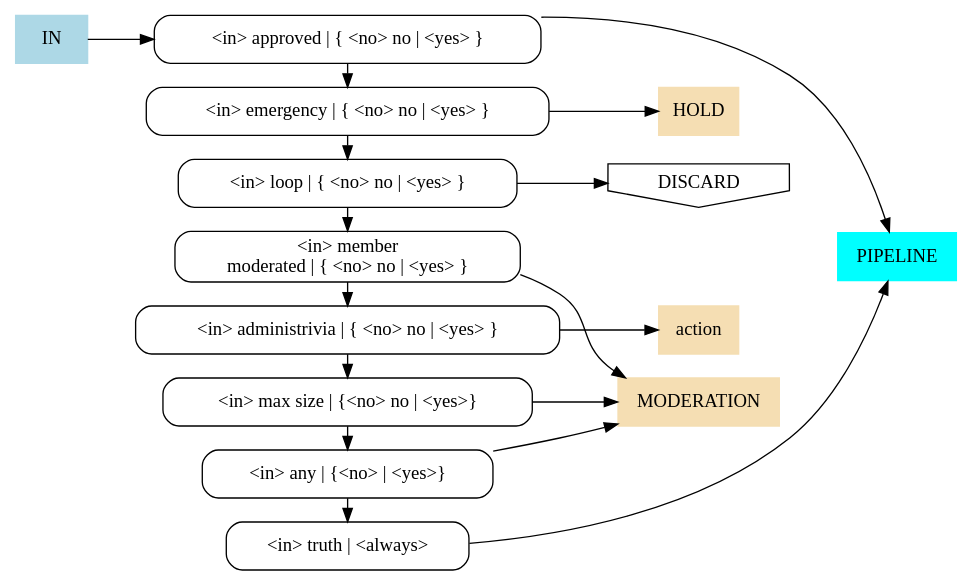
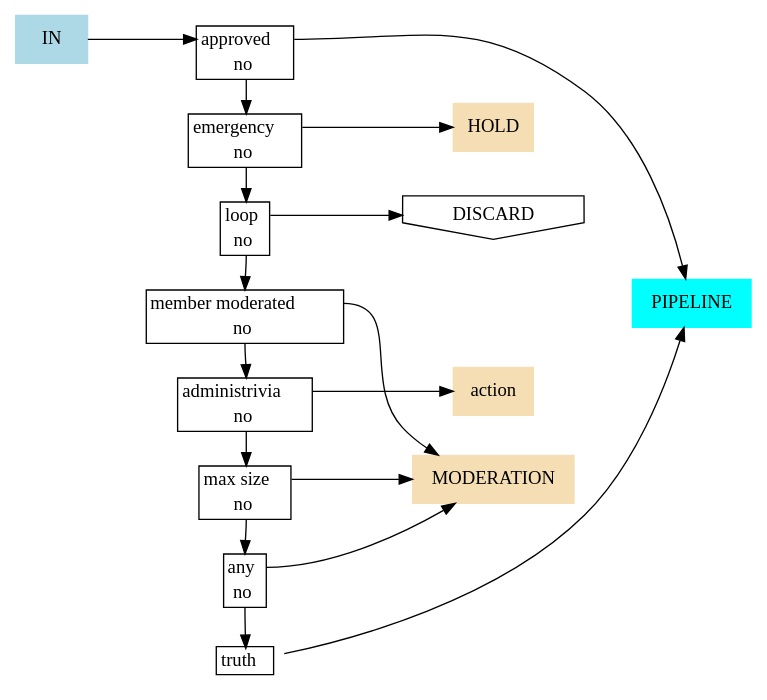
The third of 3 diagrams in src/mailman/docs/8-miles-high.rst (osstech-jp/mailman), drawn with Graphviz before and after one commit.

Commit message:
Pretty up the Message Filtering flow chart with HTML labels.

```diff
--- a/src/mailman/docs/8-miles-high.rst
+++ b/src/mailman/docs/8-miles-high.rst
@@ -101,16 +101,70 @@
         subgraph in { IN [shape=box, color=lightblue, style=filled]; }
         subgraph rules {
           rankdir=TB;
-          node [shape=box, style=rounded];
-          approved [label="<in> approved | { <no> no | <yes> }"];
-          emergency [label="<in> emergency | { <no> no | <yes> }"];
-          loop [label="<in> loop | { <no> no | <yes> }"];
-          modmember [label="<in> member\nmoderated | { <no> no | <yes> }"];
+          node [shape=none];
+          approved [label=<
+            <TABLE BORDER="1" CELLBORDER="0" CELLSPACING="0">
+              <TR>
+                <TD PORT="in">approved</TD>
+              </TR><TR>
+                <TD PORT="no">no</TD>
+              </TR>
+            </TABLE>>];
+          emergency [label=<
+            <TABLE BORDER="1" CELLBORDER="0" CELLSPACING="0">
+              <TR>
+                <TD PORT="in">emergency</TD>
+              </TR><TR>
+                <TD PORT="no">no</TD>
+              </TR>
+            </TABLE>>];
+          loop [label=<
+            <TABLE BORDER="1" CELLBORDER="0" CELLSPACING="0">
+              <TR>
+                <TD PORT="in">loop</TD>
+              </TR><TR>
+                <TD PORT="no">no</TD>
+              </TR>
+            </TABLE>>];
+          modmember [label=<
+            <TABLE BORDER="1" CELLBORDER="0" CELLSPACING="0">
+              <TR>
+                <TD PORT="in">member moderated</TD>
+              </TR><TR>
+                <TD PORT="no">no</TD>
+              </TR>
+            </TABLE>>];
           administrivia [group="0",
-                        label="<in> administrivia | { <no> no | <yes> }"];
-          maxsize [label="<in> max\ size | {<no> no | <yes>}"];
-          any [label="<in> any | {<no> | <yes>}"];
-          truth [label="<in> truth | <always>"];
+                        label=<
+            <TABLE BORDER="1" CELLBORDER="0" CELLSPACING="0">
+              <TR>
+                <TD PORT="in">administrivia</TD>
+              </TR><TR>
+                <TD PORT="no">no</TD>
+              </TR>
+            </TABLE>>];
+          maxsize [label=<
+            <TABLE BORDER="1" CELLBORDER="0" CELLSPACING="0">
+              <TR>
+                <TD PORT="in">max size</TD>
+              </TR><TR>
+                <TD PORT="no">no</TD>
+              </TR>
+            </TABLE>>];
+          any [label=<
+            <TABLE BORDER="1" CELLBORDER="0" CELLSPACING="0">
+              <TR>
+                <TD PORT="in">any</TD>
+              </TR><TR>
+                <TD PORT="no">no</TD>
+              </TR>
+            </TABLE>>];
+          truth [label=<
+            <TABLE BORDER="1" CELLBORDER="0" CELLSPACING="0">
+              <TR>
+                <TD PORT="in">truth</TD>
+              </TR>
+            </TABLE>>];
 
         }
 
@@ -126,25 +180,25 @@
 
         IN -> approved:in;
         approved:no -> emergency:in [weight="100"];
-        approved:yes -> PIPELINE [minlen=2];
+        approved:in -> PIPELINE [minlen=2];
 
         emergency:no -> loop:in;
-        emergency:yes -> HOLD;
+        emergency:in -> HOLD;
 
         loop:no -> modmember:in;
-        loop:yes -> DISCARD;
+        loop:in -> DISCARD;
 
         modmember:no -> administrivia:in;
-        modmember:yes -> MODERATION;
+        modmember:in -> MODERATION;
 
         administrivia:no -> maxsize:in;
-        administrivia:yes -> action;
+        administrivia:in -> action;
 
         maxsize:no -> any:in;
-        maxsize:yes -> MODERATION;
+        maxsize:in -> MODERATION;
 
         any:no -> truth:in;
-        any:yes -> MODERATION;
+        any:in -> MODERATION;
 
         truth:always -> PIPELINE [minlen=2];
    }
```
